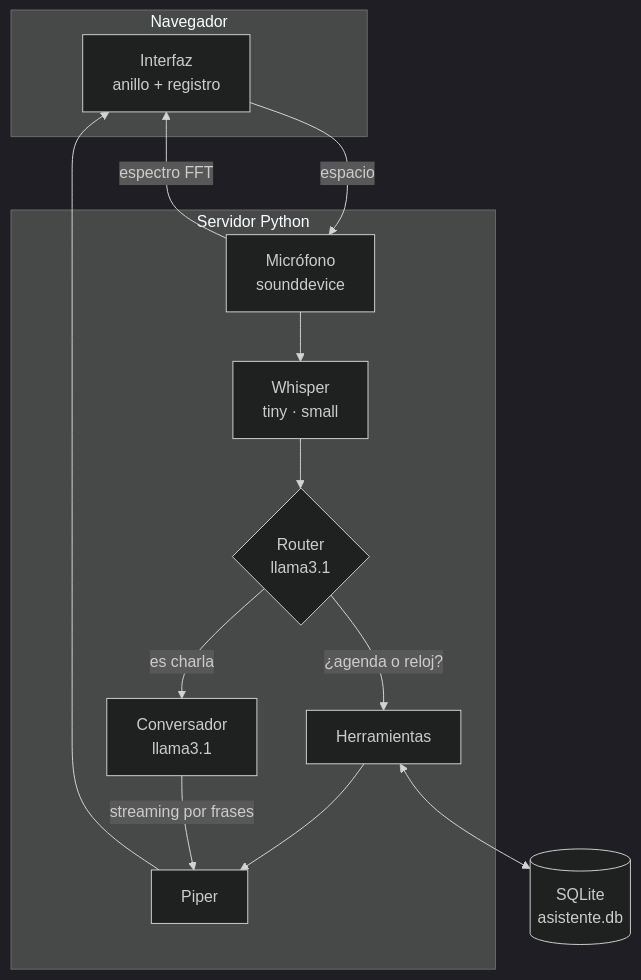
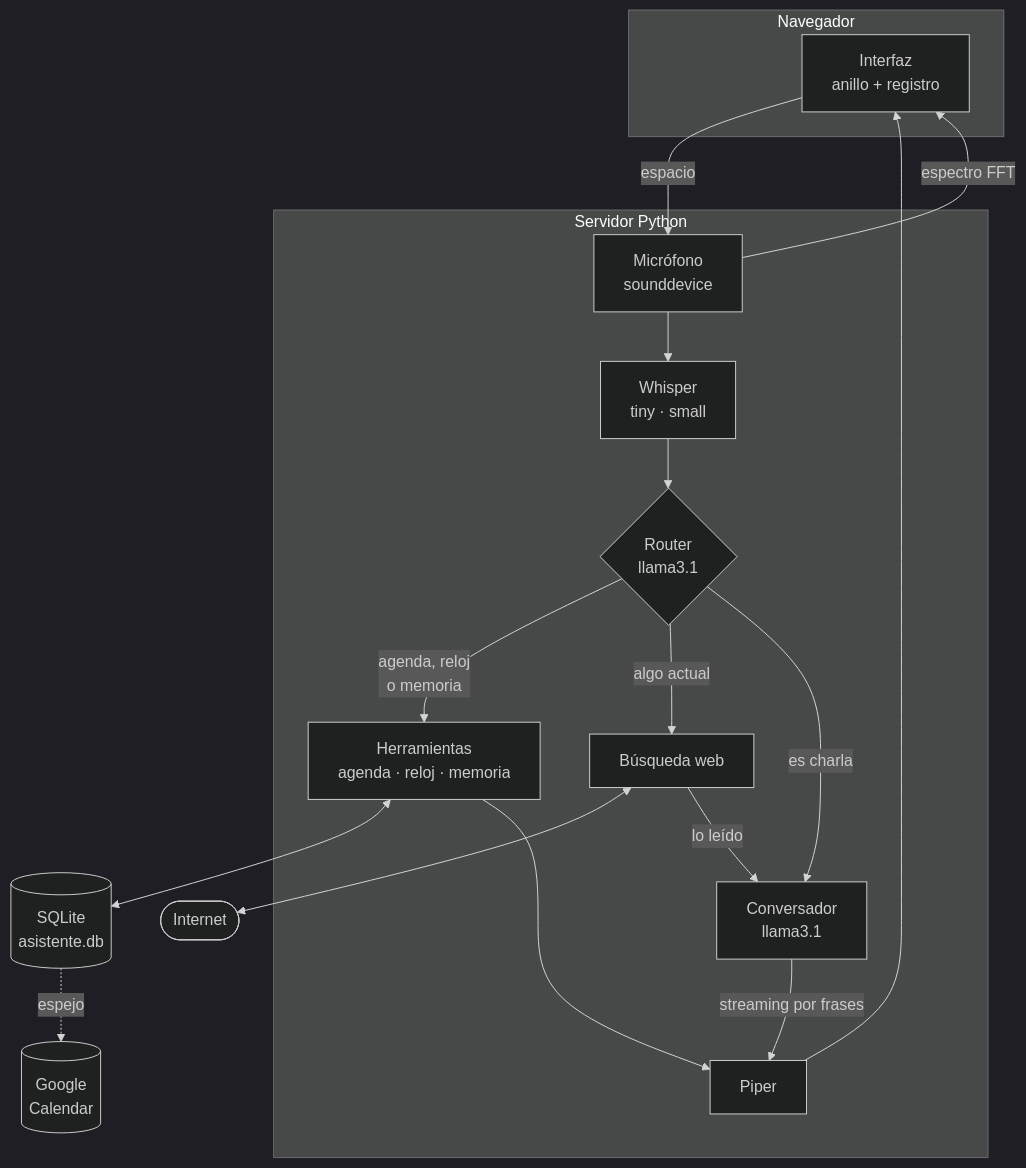
Before and after one commit to Totti-Coder/jarvis-local: the diagram in README.md, drawn with Mermaid (dark theme). The commit also changed other lines of this file and 19 other files, not shown here.

````diff
--- a/README.md
+++ b/README.md
@@ -117,28 +125,35 @@
 ```mermaid
 flowchart TB
     subgraph NAV["Navegador"]
         UI["Interfaz<br/>anillo + registro"]
     end
 
     subgraph PY["Servidor Python"]
         MIC["Micrófono<br/>sounddevice"]
         STT["Whisper<br/>tiny · small"]
         ROUTER{"Router<br/>llama3.1"}
         CHARLA["Conversador<br/>llama3.1"]
-        HERR["Herramientas"]
+        HERR["Herramientas<br/>agenda · reloj · memoria"]
+        WEB["Búsqueda web"]
         TTS["Piper"]
     end
 
     DB[("SQLite<br/>asistente.db")]
+    GC[("Google<br/>Calendar")]
+    NET(["Internet"])
 
     UI -- "espacio" --> MIC
     MIC --> STT
     STT --> ROUTER
-    ROUTER -- "¿agenda o reloj?" --> HERR
+    ROUTER -- "agenda, reloj<br/>o memoria" --> HERR
+    ROUTER -- "algo actual" --> WEB
     ROUTER -- "es charla" --> CHARLA
     HERR <--> DB
+    DB -. "espejo" .-> GC
+    WEB <--> NET
+    WEB -- "lo leído" --> CHARLA
     HERR --> TTS
     CHARLA -- "streaming por frases" --> TTS
     TTS --> UI
     MIC -- "espectro FFT" --> UI
 ```
````
